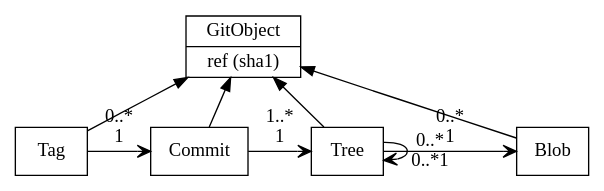
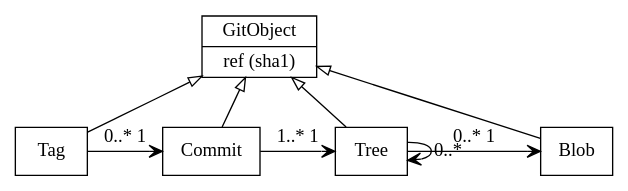
One commit to blackheaven/git-intro-if changed the diagram in diapositives/contenu/classes.dot. Above: the diagram before and after it, drawn with Graphviz. The commit also changed 1 other file, not shown here.

```diff
--- a/diapositives/contenu/classes.dot
+++ b/diapositives/contenu/classes.dot
@@ -1,24 +1,27 @@
 digraph "Classes utilisées par Git"
 {
     subgraph mother
     {
         O [shape=record, label = "{GitObject| ref (sha1)}"];
     }
     subgraph herited
     {
         rankdir=LR;
         rank="same";
         "Tree" [shape=box];
         "Tag" [shape=box];
         "Blob" [shape=box];
         "Commit" [shape=box];
     }
-    O -> "Tree" [arrowhead="onormal", dir=back];
-    O -> "Blob" [arrowhead="onormal", dir=back];
-    O -> "Commit" [arrowhead="onormal", dir=back];
-    O -> "Tag" [arrowhead="onormal", dir=back];
-    "Tree" -> "Tree" [arrowhead="vee", label=" 0..*\n0..*1"];
-    "Tree" -> "Blob" [arrowhead="vee", label=" 0..*\n1"];
-    "Commit" -> "Tree" [arrowhead="vee", label=" 1..*\n1"];
-    "Tag" -> "Commit" [arrowhead="vee", label=" 0..*\n1"];
+    edge [arrowtail="onormal", arrowhead="none", dir=back];
+    O -> "Tree";
+    O -> "Blob";
+    O -> "Commit";
+    O -> "Tag";
+
+    edge [arrowhead="vee", dir=forward];
+    "Tree" -> "Tree" [label="0..*"];
+    "Tree" -> "Blob" [label="0..* 1"];
+    "Commit" -> "Tree" [label="1..* 1"];
+    "Tag" -> "Commit" [label="0..* 1"];
 }
```
